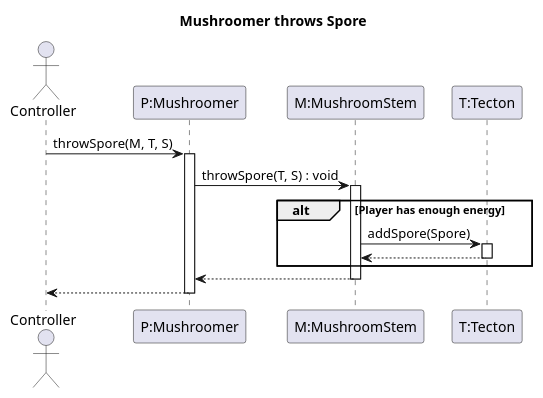
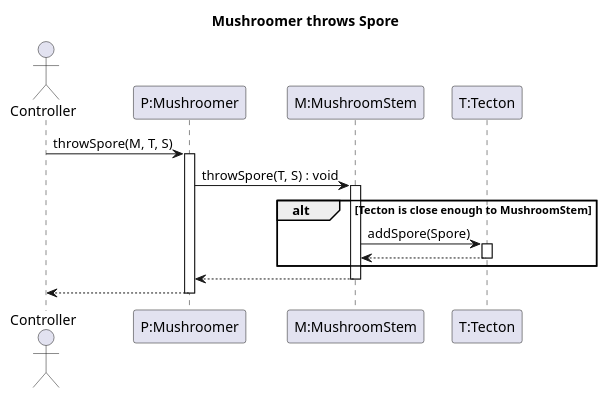
The diagram in 3/sequence/throwSpore.puml (Petya-G/fungorium), drawn with PlantUML before and after one commit. The commit also changed 2 other files, not shown here.

Commit message:
# remove energy from throwspore diagram

```diff
--- a/3/sequence/throwSpore.puml
+++ b/3/sequence/throwSpore.puml
@@ -1,28 +1,28 @@
 @startuml throwSpore
 
 title Mushroomer throws Spore
 
 actor Controller
 participant "P:Mushroomer" as P
 participant "M:MushroomStem" as M
 participant "T:Tecton" as T
 
 Controller -> P : throwSpore(M, T, S)
 activate P
 
 P -> M: throwSpore(T, S) : void
 activate M
-alt Player has enough energy
+alt Tecton is close enough to MushroomStem
 
 M -> T : addSpore(Spore)
 activate T
 T --> M
 deactivate T
 end
 M --> P
 deactivate M
 
 Controller <-- P
 deactivate P
 
 @enduml
```
